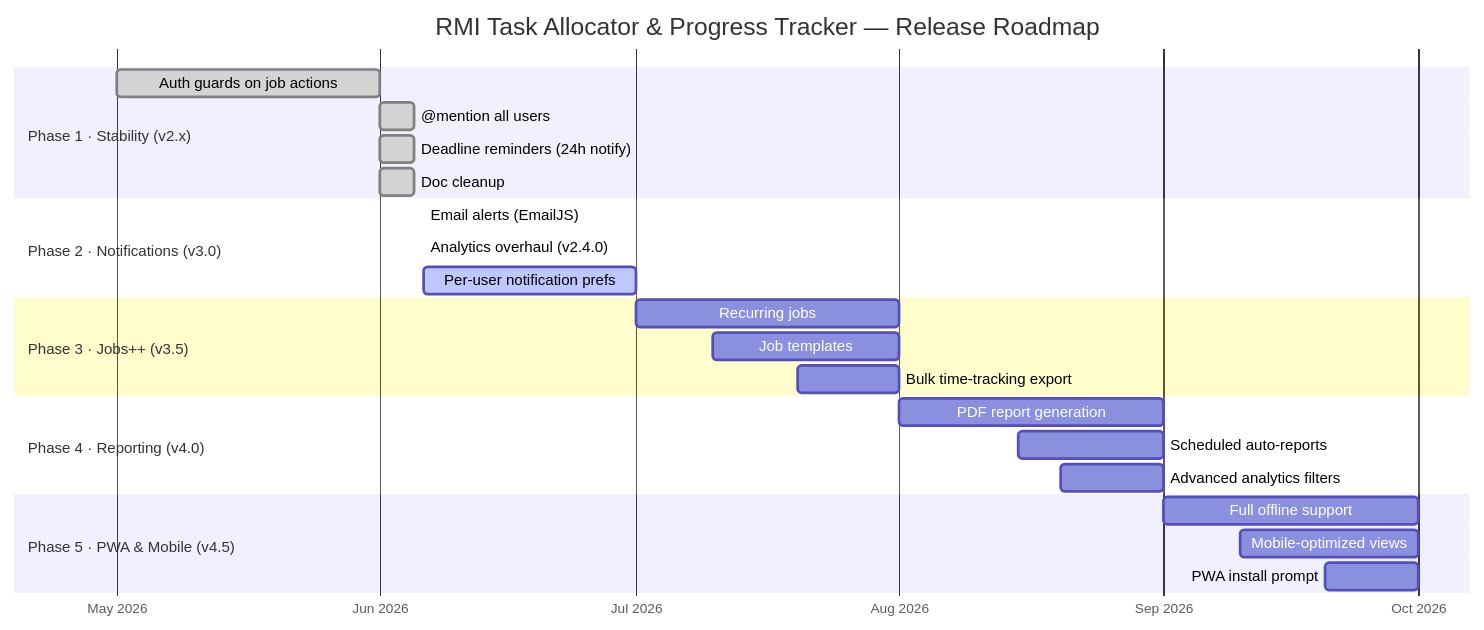
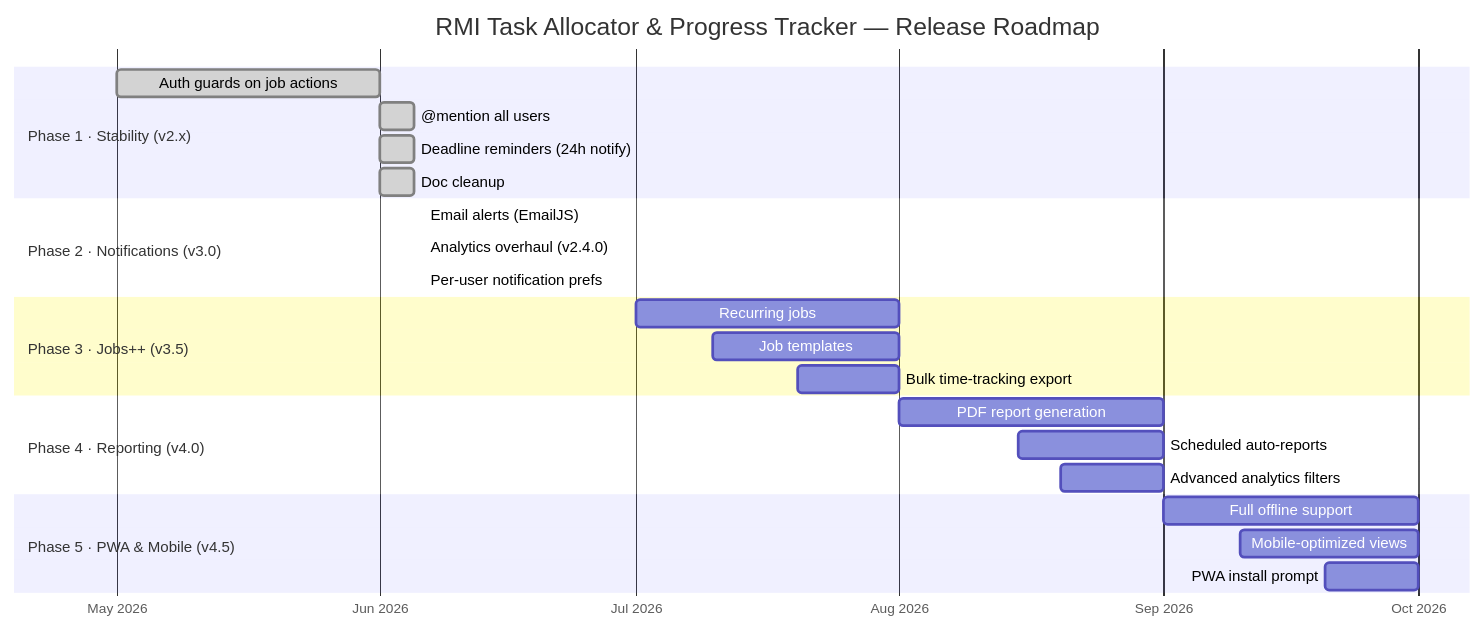
One commit to abdullahtalsayed/RMI-Task-Allocator-Project changed the first of 2 diagrams in README.md. Above: the diagram before and after it, drawn with Mermaid. The commit also changed other lines of this file, not shown here.

````diff
--- a/README.md
+++ b/README.md
@@ -74,32 +74,32 @@
 ```mermaid
 gantt
     title RMI Task Allocator & Progress Tracker — Release Roadmap
     dateFormat  YYYY-MM-DD
     axisFormat  %b %Y
 
     section Phase 1 · Stability (v2.x)
     Auth guards on job actions         :done,    p1a, 2026-05-01, 2026-06-01
     @mention all users                 :done,    p1b, 2026-06-01, 2026-06-05
     Deadline reminders (24h notify)    :done,    p1c, 2026-06-01, 2026-06-05
     Doc cleanup                        :done,    p1d, 2026-06-01, 2026-06-05
 
     section Phase 2 · Notifications (v3.0)
     Email alerts (EmailJS)             :done,    p2a, 2026-06-06, 2026-06-06
     Analytics overhaul (v2.4.0)        :done,    p2b, 2026-06-06, 2026-06-06
-    Per-user notification prefs        :active,  p2c, 2026-06-06, 2026-07-01
+    Per-user notification prefs        :done,    p2c, 2026-06-06, 2026-06-06
 
     section Phase 3 · Jobs++ (v3.5)
     Recurring jobs                     :         p3a, 2026-07-01, 2026-08-01
     Job templates                      :         p3b, 2026-07-10, 2026-08-01
     Bulk time-tracking export          :         p3c, 2026-07-20, 2026-08-01
 
     section Phase 4 · Reporting (v4.0)
     PDF report generation              :         p4a, 2026-08-01, 2026-09-01
     Scheduled auto-reports             :         p4b, 2026-08-15, 2026-09-01
     Advanced analytics filters         :         p4c, 2026-08-20, 2026-09-01
 
     section Phase 5 · PWA & Mobile (v4.5)
     Full offline support               :         p5a, 2026-09-01, 2026-10-01
     Mobile-optimized views             :         p5b, 2026-09-10, 2026-10-01
     PWA install prompt                 :         p5c, 2026-09-20, 2026-10-01
 ```
````
